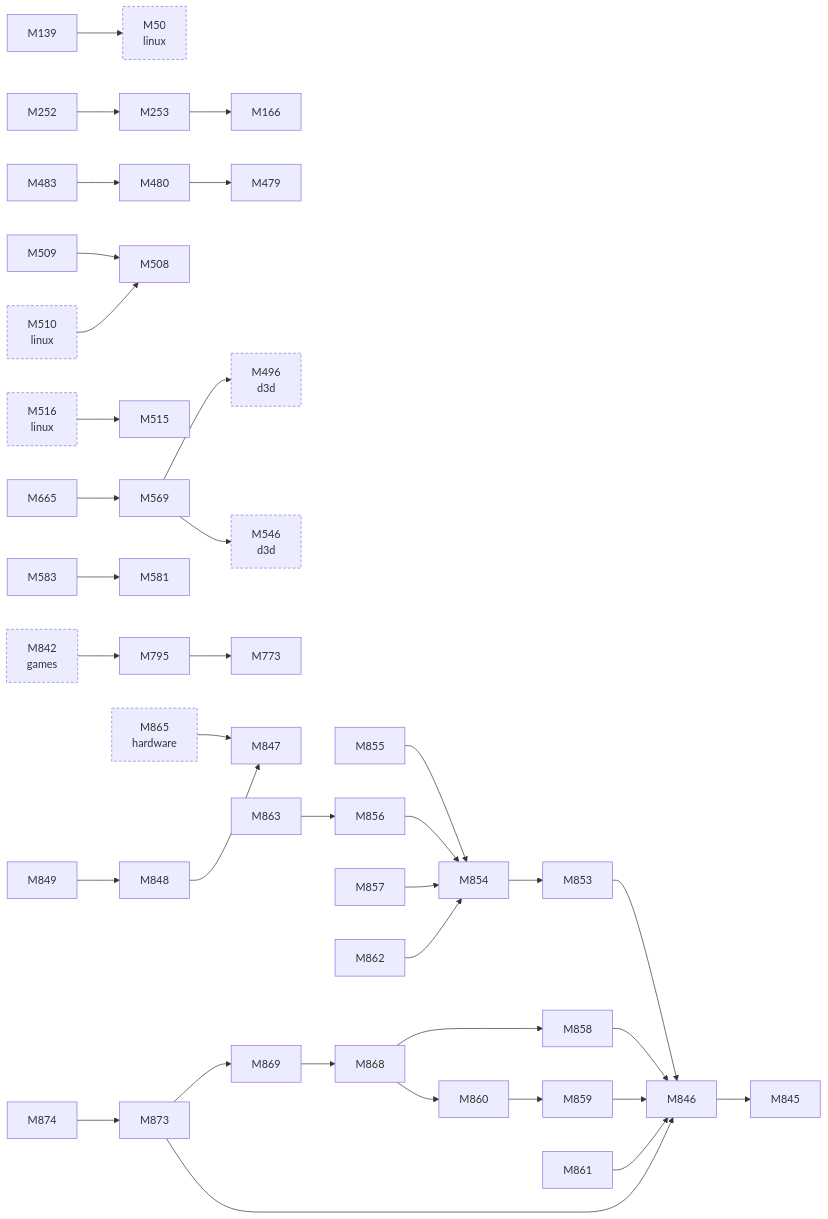
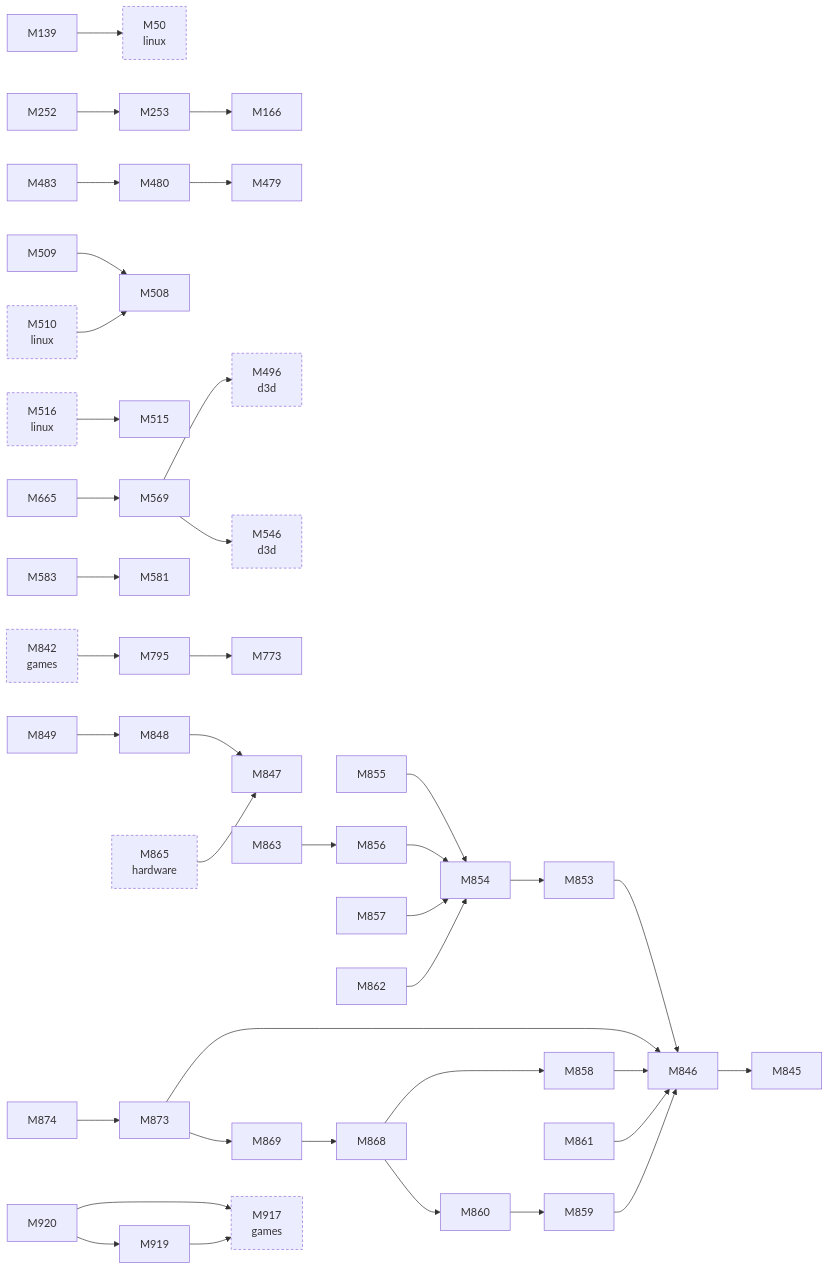
One commit to D-Ogi/amdgpu-wddm changed the second of 2 diagrams in docs/facts/graphs/icd.md. Above: the diagram before and after it, drawn with Mermaid. The commit also changed 76 other files, not shown here.

````diff
--- a/docs/facts/graphs/icd.md
+++ b/docs/facts/graphs/icd.md
@@ -82,6 +82,9 @@
   M869["M869"]
   M873["M873"]
   M874["M874"]
+  M917["M917<br/>games"]
+  M919["M919"]
+  M920["M920"]
   M865 --> M847
   M139 --> M50
   M252 --> M253
@@ -114,9 +117,12 @@
   M873 --> M846
   M873 --> M869
   M874 --> M873
+  M919 --> M917
+  M920 --> M917
+  M920 --> M919
   M842 --> M795
   M510 --> M508
   M516 --> M515
   classDef other stroke-dasharray:4 3
-  class M50,M496,M510,M516,M546,M842,M865 other
+  class M50,M496,M510,M516,M546,M842,M865,M917 other
 ```
````
